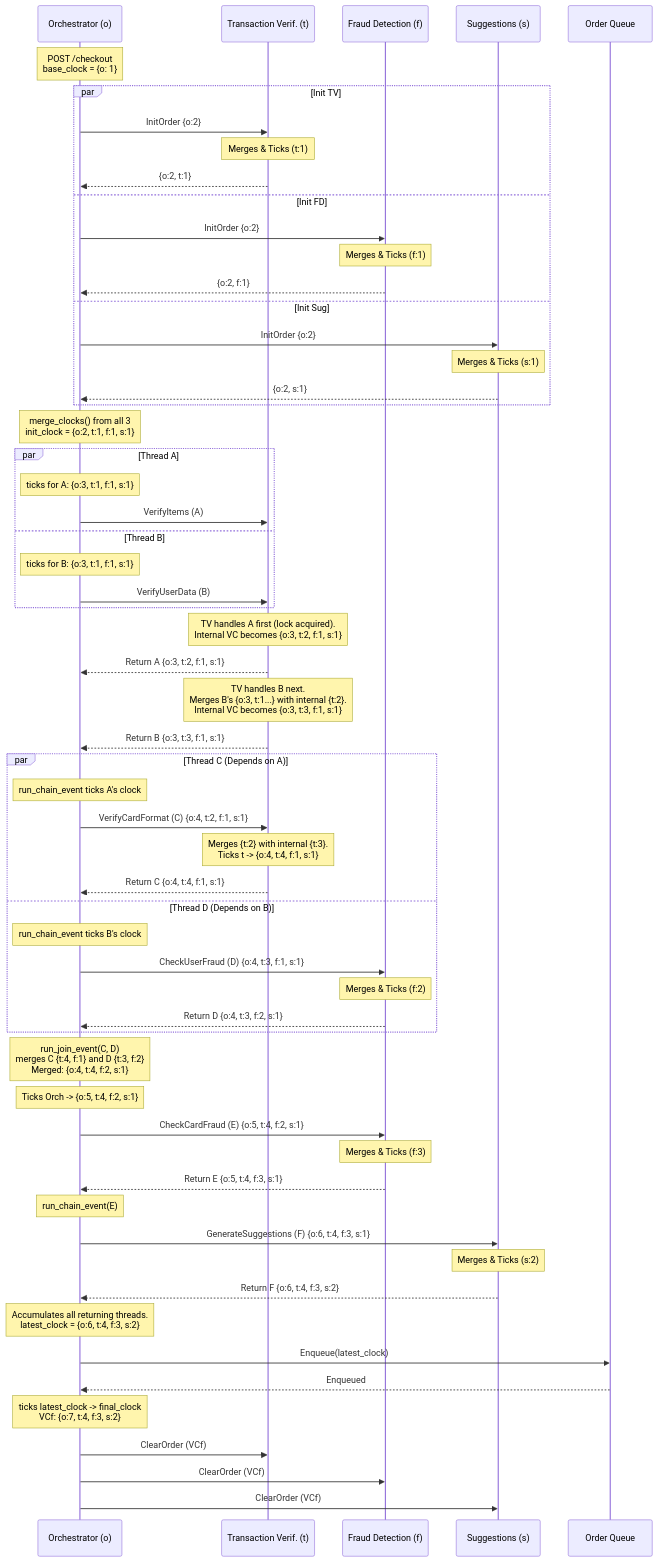
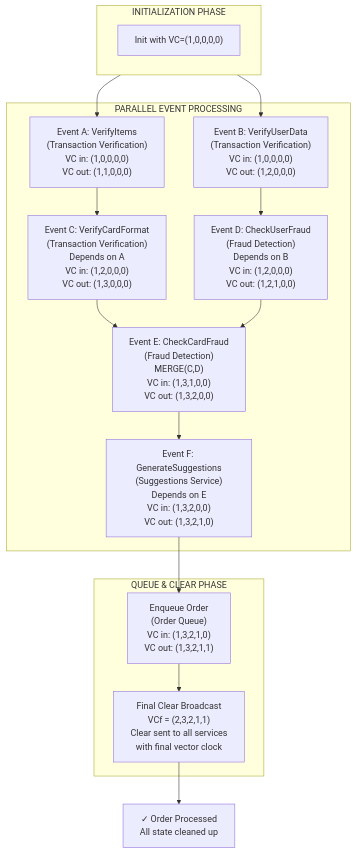
Before and after one commit to mharisirfan/ds-practice-2025: the third of 3 diagrams in README.md, drawn with Mermaid.

Commit message:
Revise Vector Clocks Diagram in README
Updated the Vector Clocks Diagram to include initialization and event processing phases.

````diff
--- a/README.md
+++ b/README.md
@@ -92,77 +92,43 @@
 ```mermaid
-sequenceDiagram
-    participant O as Orchestrator (o)
-    participant TV as Transaction Verif. (t)
-    participant FD as Fraud Detection (f)
-    participant S as Suggestions (s)
-    participant Q as Order Queue
-
-    Note over O: POST /checkout<br/>base_clock = {o: 1}
-
-    %% 1. PARALLEL INITIALIZATION
-    par Init TV
-        O->>TV: InitOrder {o:2}
-        Note over TV: Merges & Ticks (t:1)
-        TV-->>O: {o:2, t:1}
-    and Init FD
-        O->>FD: InitOrder {o:2}
-        Note over FD: Merges & Ticks (f:1)
-        FD-->>O: {o:2, f:1}
-    and Init Sug
-        O->>S: InitOrder {o:2}
-        Note over S: Merges & Ticks (s:1)
-        S-->>O: {o:2, s:1}
-    end
-    Note over O: merge_clocks() from all 3<br/>init_clock = {o:2, t:1, f:1, s:1}
-
-    %% 2. PARALLEL EVENTS A & B
-    par Thread A
-        Note over O: ticks for A: {o:3, t:1, f:1, s:1}
-        O->>TV: VerifyItems (A)
-    and Thread B
-        Note over O: ticks for B: {o:3, t:1, f:1, s:1}
-        O->>TV: VerifyUserData (B)
+graph TB
+    subgraph Init ["INITIALIZATION PHASE"]
+        init["Init with VC=(1,0,0,0,0)"]
     end
     
-    %% TV processes sequentially due to self.lock
-    Note over TV: TV handles A first (lock acquired).<br/>Internal VC becomes {o:3, t:2, f:1, s:1}
-    TV-->>O: Return A {o:3, t:2, f:1, s:1}
-    Note over TV: TV handles B next.<br/>Merges B's {o:3, t:1...} with internal {t:2}.<br/>Internal VC becomes {o:3, t:3, f:1, s:1}
-    TV-->>O: Return B {o:3, t:3, f:1, s:1}
-
-    %% 3. CHAINED EVENTS C & D
-    par Thread C (Depends on A)
-        Note over O: run_chain_event ticks A's clock
-        O->>TV: VerifyCardFormat (C) {o:4, t:2, f:1, s:1}
-        Note over TV: Merges {t:2} with internal {t:3}.<br/>Ticks t -> {o:4, t:4, f:1, s:1}
-        TV-->>O: Return C {o:4, t:4, f:1, s:1}
-    and Thread D (Depends on B)
-        Note over O: run_chain_event ticks B's clock
-        O->>FD: CheckUserFraud (D) {o:4, t:3, f:1, s:1}
-        Note over FD: Merges & Ticks (f:2)
-        FD-->>O: Return D {o:4, t:3, f:2, s:1}
+    subgraph EventsPhase ["PARALLEL EVENT PROCESSING"]
+        A["Event A: VerifyItems<br/>(Transaction Verification)<br/>VC in: (1,0,0,0,0)<br/>VC out: (1,1,0,0,0)"]
+        B["Event B: VerifyUserData<br/>(Transaction Verification)<br/>VC in: (1,0,0,0,0)<br/>VC out: (1,2,0,0,0)"]
+        
+        C["Event C: VerifyCardFormat<br/>(Transaction Verification)<br/>Depends on A<br/>VC in: (1,2,0,0,0)<br/>VC out: (1,3,0,0,0)"]
+        
+        D["Event D: CheckUserFraud<br/>(Fraud Detection)<br/>Depends on B<br/>VC in: (1,2,0,0,0)<br/>VC out: (1,2,1,0,0)"]
+        
+        E["Event E: CheckCardFraud<br/>(Fraud Detection)<br/>MERGE(C,D)<br/>VC in: (1,3,1,0,0)<br/>VC out: (1,3,2,0,0)"]
+        
+        F["Event F: GenerateSuggestions<br/>(Suggestions Service)<br/>Depends on E<br/>VC in: (1,3,2,0,0)<br/>VC out: (1,3,2,1,0)"]
     end
-
-    %% 4. THE JOIN EVENT (E)
-    Note over O: run_join_event(C, D)<br/>merges C {t:4, f:1} and D {t:3, f:2}<br/>Merged: {o:4, t:4, f:2, s:1}
-    Note over O: Ticks Orch -> {o:5, t:4, f:2, s:1}
-    O->>FD: CheckCardFraud (E) {o:5, t:4, f:2, s:1}
-    Note over FD: Merges & Ticks (f:3)
-    FD-->>O: Return E {o:5, t:4, f:3, s:1}
-
-    %% 5. FINAL EVENT (F)
-    Note over O: run_chain_event(E)
-    O->>S: GenerateSuggestions (F) {o:6, t:4, f:3, s:1}
-    Note over S: Merges & Ticks (s:2)
-    S-->>O: Return F {o:6, t:4, f:3, s:2}
-
-    %% 6. ENQUEUE & CLEAR
-    Note over O: Accumulates all returning threads.<br/>latest_clock = {o:6, t:4, f:3, s:2}
-    O->>Q: Enqueue(latest_clock)
-    Q-->>O: Enqueued
-
-    Note over O: ticks latest_clock -> final_clock<br/>VCf: {o:7, t:4, f:3, s:2}
-    O->>TV: ClearOrder (VCf)
-    O->>FD: ClearOrder (VCf)
-    O->>S: ClearOrder (VCf)
+    
+    subgraph Queue ["QUEUE & CLEAR PHASE"]
+        Enq["Enqueue Order<br/>(Order Queue)<br/>VC in: (1,3,2,1,0)<br/>VC out: (1,3,2,1,1)"]
+        
+        Clear["Final Clear Broadcast<br/>VCf = (2,3,2,1,1)<br/>Clear sent to all services<br/>with final vector clock"]
+    end
+    
+    Result["✓ Order Processed<br/>All state cleaned up"]
+    
+    Init --> A
+    Init --> B
+    
+    A --> C
+    B --> D
+    
+    C --> E
+    D --> E
+    
+    E --> F
+    
+    F --> Enq
+    
+    Enq --> Clear
+    Clear --> Result
 ```
````
